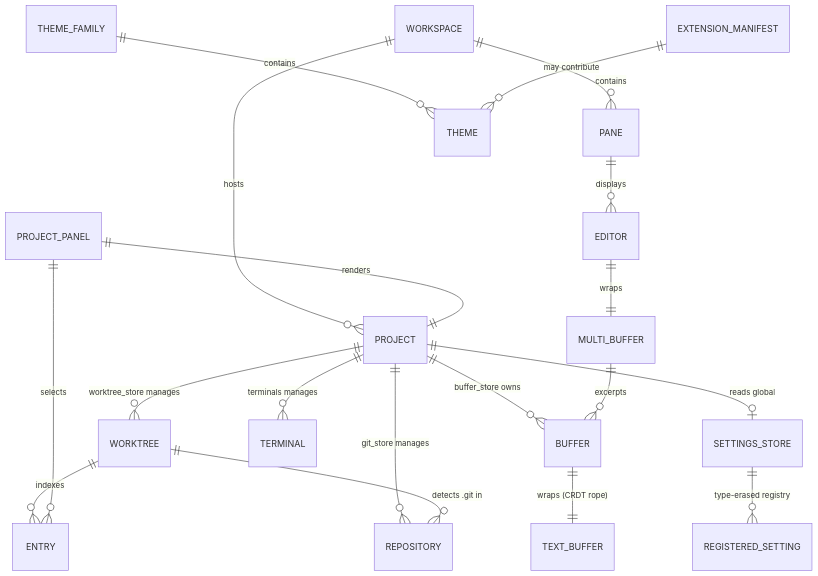
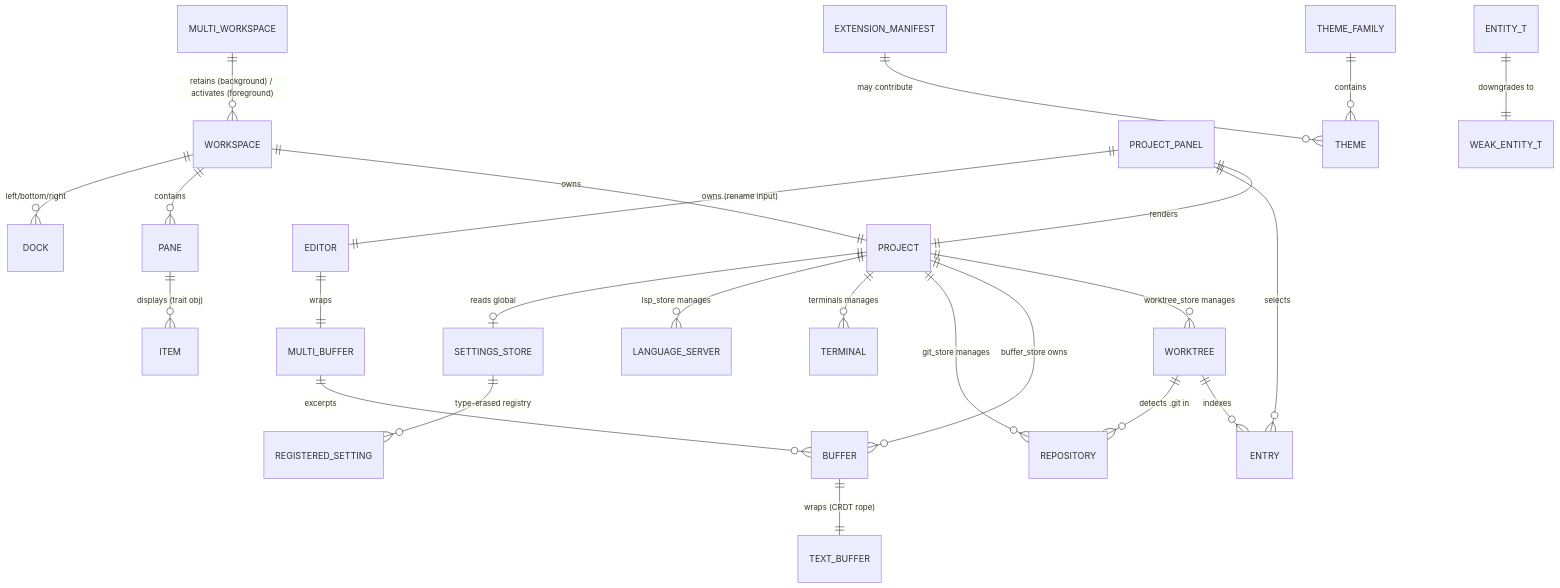
Before and after one commit to tgiap04/zode: the diagram in docs/generated/entities.md, drawn with Mermaid. The commit also changed other lines of this file and 13 other files, not shown here.

````diff
--- a/docs/generated/entities.md
+++ b/docs/generated/entities.md
@@ -24,21 +18,26 @@
 ```mermaid
 erDiagram
-    WORKSPACE ||--o{ PROJECT : hosts
+    MULTI_WORKSPACE ||--o{ WORKSPACE : "retains (background) / activates (foreground)"
+    WORKSPACE ||--|| PROJECT : owns
     WORKSPACE ||--o{ PANE : contains
-    PANE ||--o{ EDITOR : displays
+    WORKSPACE ||--o{ DOCK : "left/bottom/right"
+    PANE ||--o{ ITEM : "displays (trait obj)"
     PROJECT ||--o{ WORKTREE : "worktree_store manages"
     PROJECT ||--o{ BUFFER : "buffer_store owns"
     PROJECT ||--o{ REPOSITORY : "git_store manages"
     PROJECT ||--o{ TERMINAL : "terminals manages"
+    PROJECT ||--o{ LANGUAGE_SERVER : "lsp_store manages"
     PROJECT ||--o| SETTINGS_STORE : "reads global"
     WORKTREE ||--o{ ENTRY : indexes
     WORKTREE ||--o{ REPOSITORY : "detects .git in"
     EDITOR ||--|| MULTI_BUFFER : wraps
     MULTI_BUFFER ||--o{ BUFFER : excerpts
     BUFFER ||--|| TEXT_BUFFER : "wraps (CRDT rope)"
-    PROJECT_PANEL ||--|| PROJECT : "renders"
-    PROJECT_PANEL ||--o{ ENTRY : "selects"
+    PROJECT_PANEL ||--|| PROJECT : renders
+    PROJECT_PANEL ||--o{ ENTRY : selects
+    PROJECT_PANEL ||--|| EDITOR : "owns (rename input)"
     THEME_FAMILY ||--o{ THEME : contains
     EXTENSION_MANIFEST ||--o{ THEME : "may contribute"
     SETTINGS_STORE ||--o{ REGISTERED_SETTING : "type-erased registry"
+    ENTITY_T ||--|| WEAK_ENTITY_T : "downgrades to"
 ```
````
